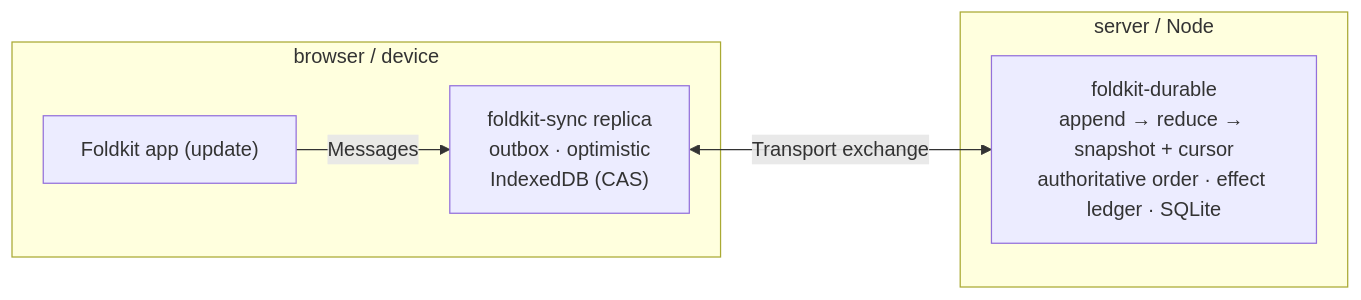
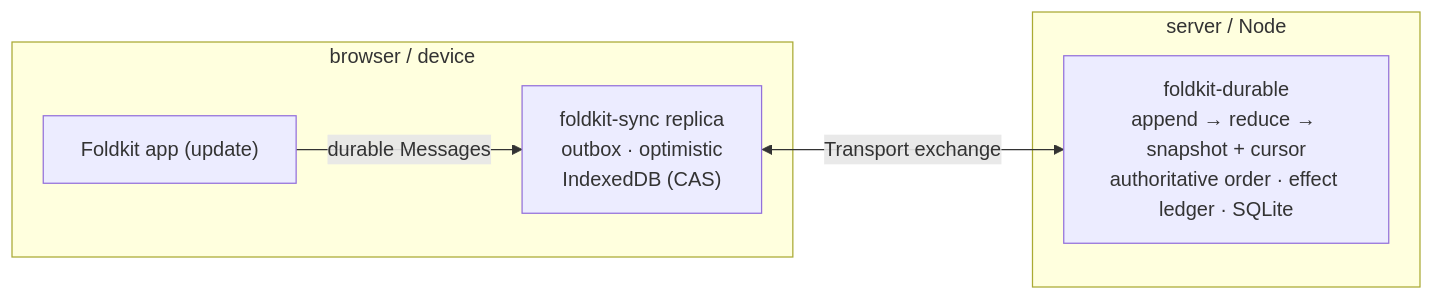
One commit to doeixd/foldkit-plus changed the diagram in docs/replication.md. Above: the diagram before and after it, drawn with Mermaid. The commit also changed other lines of this file and 8 other files, not shown here.

````diff
--- a/docs/replication.md
+++ b/docs/replication.md
@@ -34,10 +45,10 @@
 ```mermaid
 flowchart LR
   subgraph client["browser / device"]
-    app["Foldkit app (update)"] -- Messages --> replica["foldkit-sync replica<br/>outbox · optimistic<br/>IndexedDB (CAS)"]
+    app["Foldkit app (update)"] -- "durable Messages" --> replica["foldkit-sync replica<br/>outbox · optimistic<br/>IndexedDB (CAS)"]
   end
   subgraph server["server / Node"]
     durable["foldkit-durable<br/>append → reduce → snapshot + cursor<br/>authoritative order · effect ledger · SQLite"]
   end
   replica <-- "Transport exchange" --> durable
 ```
````
